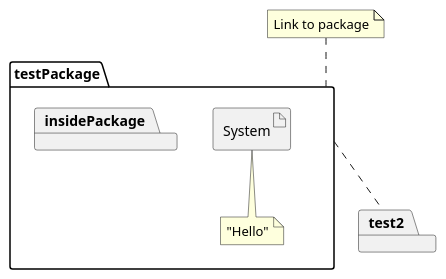
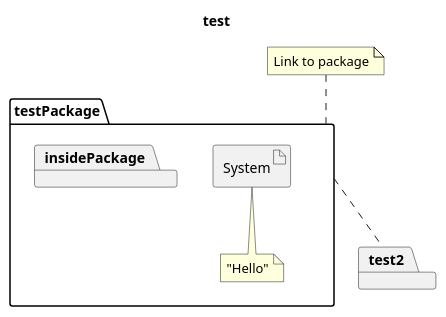
Before and after one commit to NoahHakansson/SE-PA1460: the diagram in packageTest.pu, drawn with PlantUML. The commit also changed 1 other file, not shown here.

Commit message:
Changed packageDiagram

```diff
--- a/packageTest.pu
+++ b/packageTest.pu
@@ -1,19 +1,20 @@
 @startuml
+title: test
 
 package testPackage {
     artifact System
     package insidePackage {
         
     }
     note bottom : "Hello"
 }
 
 package test2 {
 
 }
 
 testPackage .. test2
 note "Link to package" as test
 test .- testPackage
 
 @enduml
```
